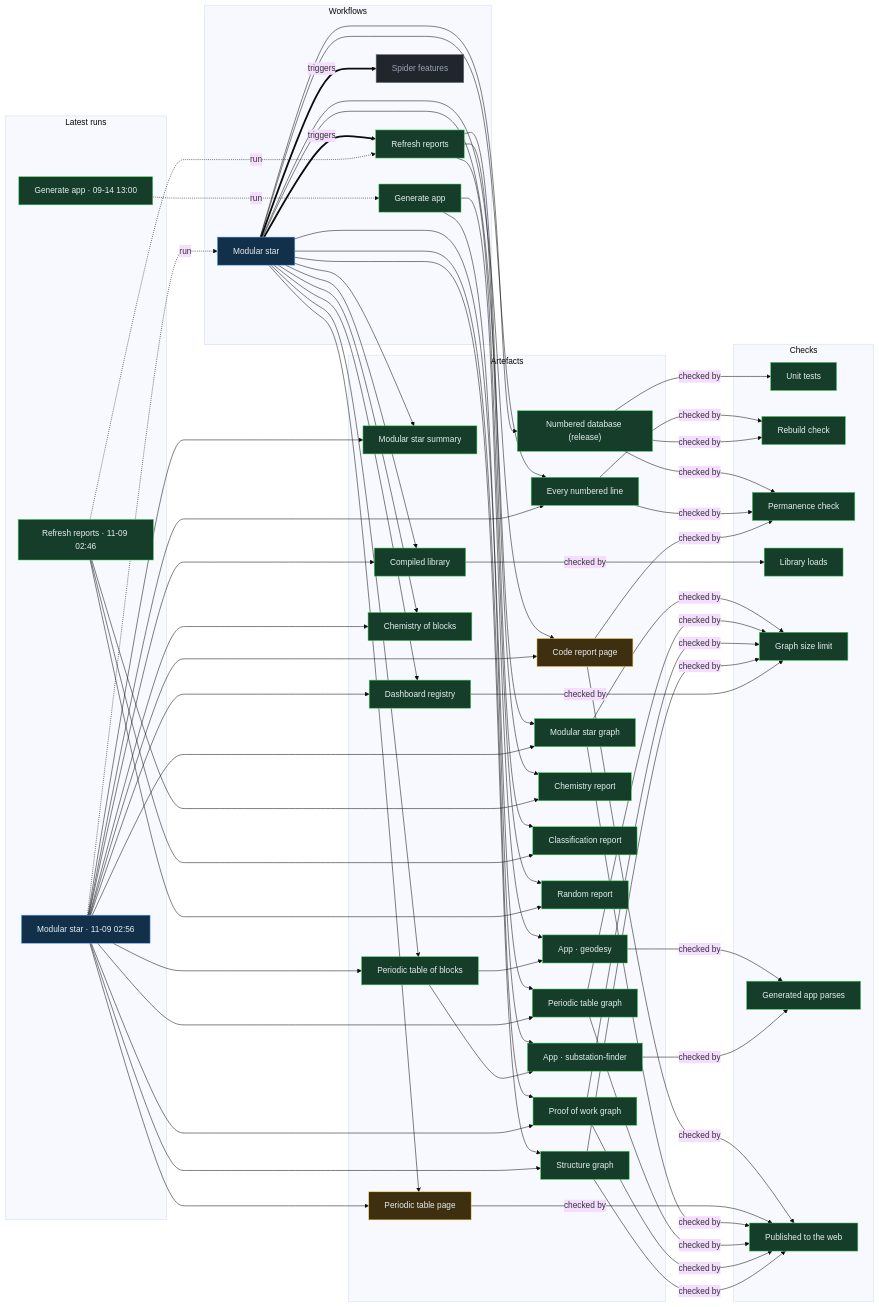
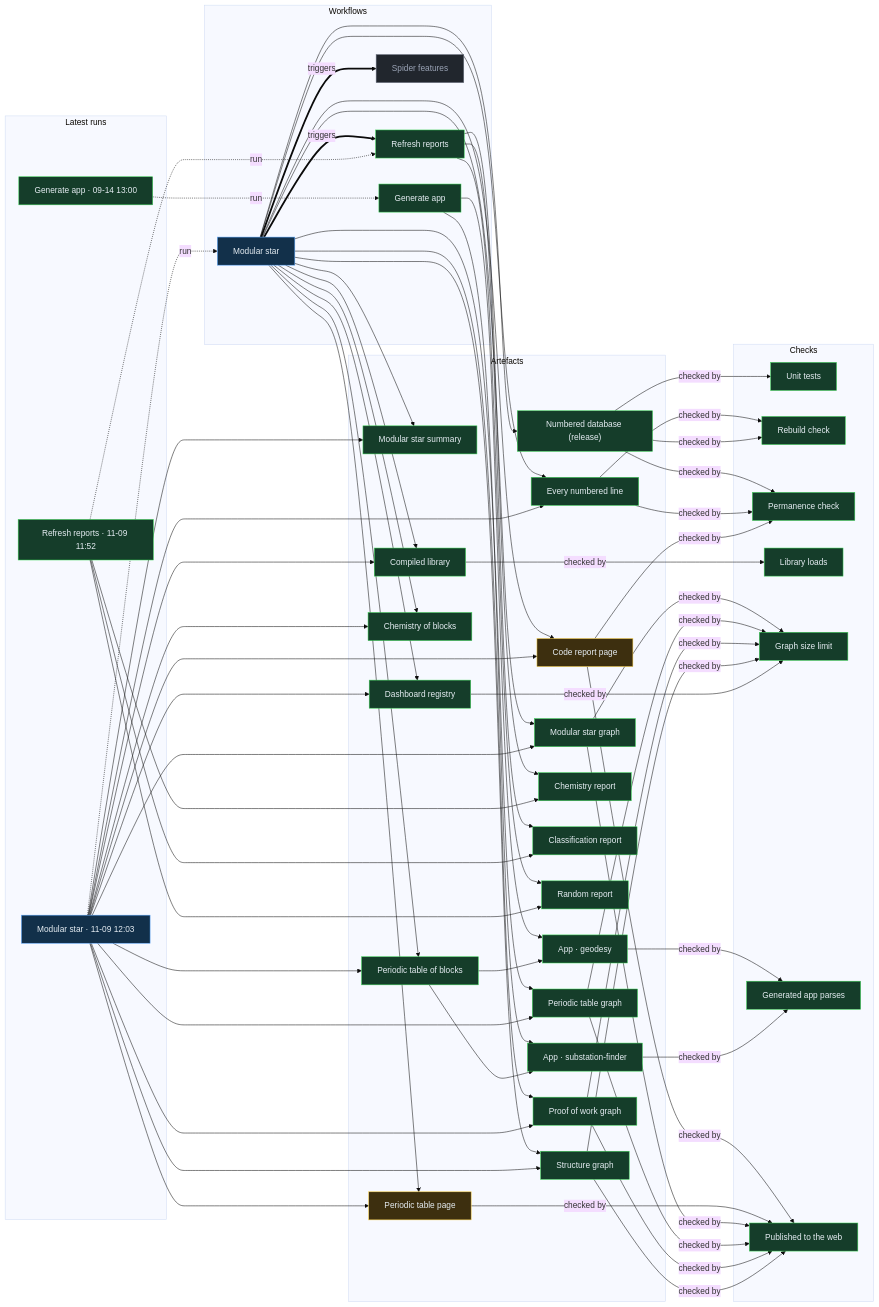
The diagram in proof/PROOF.md (Ventusltd/stars), drawn with Mermaid (base theme) before and after one commit. The commit also changed other lines of this file and 51 other files, not shown here.

Commit message:
Modular star 2026-11-09T12:06Z

```diff
--- a/proof/PROOF.md
+++ b/proof/PROOF.md
@@ -24,8 +24,8 @@
   n_wf_spider_features["Spider features"]:::off
   end
   subgraph g_runs["Latest runs"]
-  n_run_42553640447["Modular star · 11-09 02:56"]:::live
-  n_run_42552804632["Refresh reports · 11-09 02:46"]:::ok
+  n_run_42613881947["Modular star · 11-09 12:03"]:::live
+  n_run_42612433851["Refresh reports · 11-09 11:52"]:::ok
   n_run_34846587798["Generate app · 09-14 13:00"]:::ok
   end
   subgraph g_artefacts["Artefacts"]
@@ -59,39 +59,39 @@
   end
   n_wf_modular_star == triggers ==> n_wf_refresh
   n_wf_modular_star == triggers ==> n_wf_spider_features
-  n_run_42553640447 -. run .-> n_wf_modular_star
-  n_run_42552804632 -. run .-> n_wf_refresh
+  n_run_42613881947 -. run .-> n_wf_modular_star
+  n_run_42612433851 -. run .-> n_wf_refresh
   n_run_34846587798 -. run .-> n_wf_generate
   n_wf_modular_star --> n_art_summary
-  n_run_42553640447 --> n_art_summary
+  n_run_42613881947 --> n_art_summary
   n_wf_modular_star --> n_art_lines
-  n_run_42553640447 --> n_art_lines
+  n_run_42613881947 --> n_art_lines
   n_wf_modular_star --> n_art_code
-  n_run_42553640447 --> n_art_code
+  n_run_42613881947 --> n_art_code
   n_wf_modular_star --> n_art_modular_graph
-  n_run_42553640447 --> n_art_modular_graph
+  n_run_42613881947 --> n_art_modular_graph
   n_wf_modular_star --> n_art_blocks
-  n_run_42553640447 --> n_art_blocks
+  n_run_42613881947 --> n_art_blocks
   n_wf_modular_star --> n_art_table
-  n_run_42553640447 --> n_art_table
+  n_run_42613881947 --> n_art_table
   n_wf_modular_star --> n_art_blocks_graph
-  n_run_42553640447 --> n_art_blocks_graph
+  n_run_42613881947 --> n_art_blocks_graph
   n_wf_modular_star --> n_art_reactions
-  n_run_42553640447 --> n_art_reactions
+  n_run_42613881947 --> n_art_reactions
   n_wf_modular_star --> n_art_library
-  n_run_42553640447 --> n_art_library
+  n_run_42613881947 --> n_art_library
   n_wf_modular_star --> n_art_features
-  n_run_42553640447 --> n_art_features
+  n_run_42613881947 --> n_art_features
   n_wf_modular_star --> n_art_proof
-  n_run_42553640447 --> n_art_proof
+  n_run_42613881947 --> n_art_proof
   n_wf_modular_star --> n_art_structure
-  n_run_42553640447 --> n_art_structure
+  n_run_42613881947 --> n_art_structure
   n_wf_refresh --> n_art_chemistry
-  n_run_42552804632 --> n_art_chemistry
+  n_run_42612433851 --> n_art_chemistry
   n_wf_refresh --> n_art_vedic
-  n_run_42552804632 --> n_art_vedic
+  n_run_42612433851 --> n_art_vedic
   n_wf_refresh --> n_art_random
-  n_run_42552804632 --> n_art_random
+  n_run_42612433851 --> n_art_random
   n_wf_modular_star --> n_art_release
   n_wf_generate --> n_app_geodesy
   n_art_blocks --> n_app_geodesy
```
